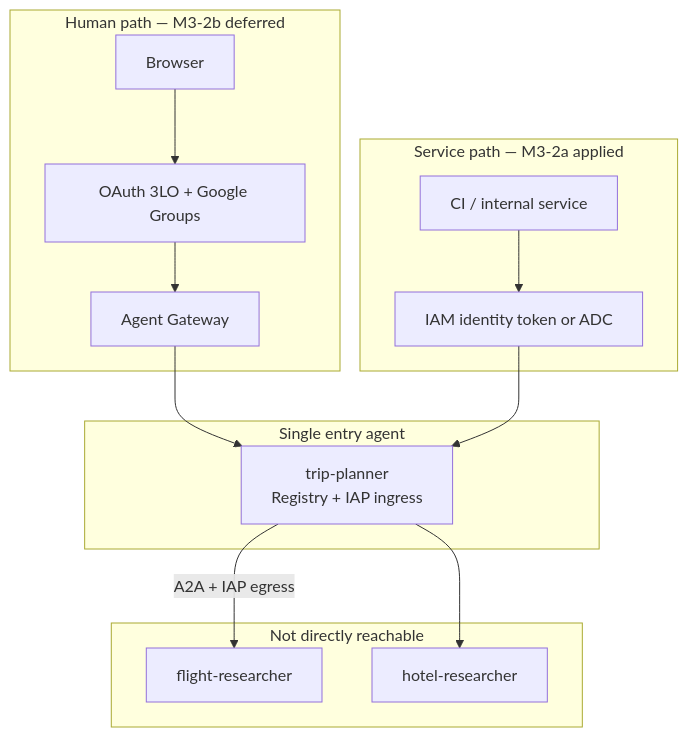
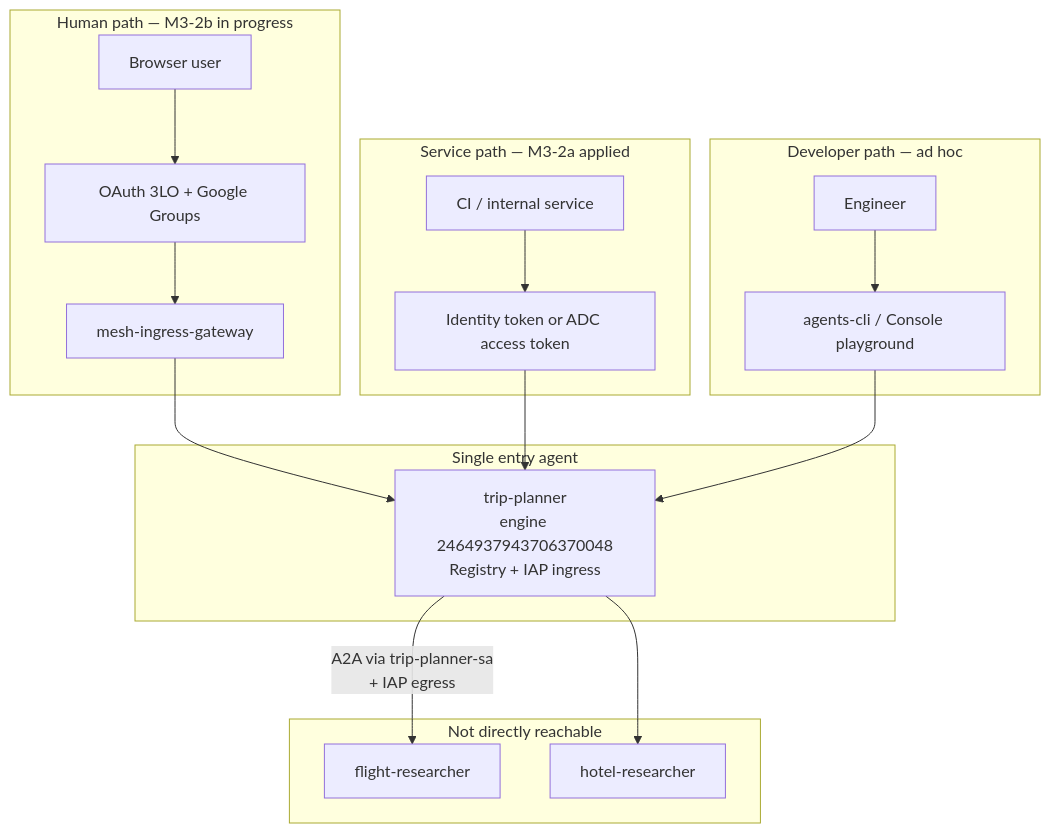
Before and after one commit to yu-iskw/agent-cli-demo: the first of 5 diagrams in docs/guides/03-auth-gateway.md, drawn with Mermaid. The commit also changed other lines of this file and 22 other files, not shown here.

First line of the commit message:
feat(mesh): SequentialAgent A2A pipeline, gateway demo, and test fixes

````diff
--- a/docs/guides/03-auth-gateway.md
+++ b/docs/guides/03-auth-gateway.md
@@ -22,29 +24,36 @@
 ```mermaid
 flowchart TB
-  subgraph Human["Human path — M3-2b deferred"]
-    Browser["Browser"]
-    GW["Agent Gateway"]
+  subgraph Human["Human path — M3-2b in progress"]
+    Browser["Browser user"]
     OAuth["OAuth 3LO + Google Groups"]
-    Browser --> OAuth --> GW
+    IGW["mesh-ingress-gateway"]
+    Browser --> OAuth --> IGW
   end
 
   subgraph Service["Service path — M3-2a applied"]
     CI["CI / internal service"]
-    ADC["IAM identity token or ADC"]
-    CI --> ADC
+    Token["Identity token or ADC access token"]
+    CI --> Token
+  end
+
+  subgraph Dev["Developer path — ad hoc"]
+    DevUser["Engineer"]
+    CLI["agents-cli / Console playground"]
+    DevUser --> CLI
   end
 
   subgraph Entry["Single entry agent"]
-    TP["trip-planner<br/>Registry + IAP ingress"]
+    TP["trip-planner<br/>engine 2464937943706370048<br/>Registry + IAP ingress"]
   end
 
   subgraph Mesh["Not directly reachable"]
     FR["flight-researcher"]
     HR["hotel-researcher"]
   end
 
-  GW --> TP
-  ADC --> TP
-  TP -->|"A2A + IAP egress"| FR
+  IGW --> TP
+  Token --> TP
+  CLI --> TP
+  TP -->|"A2A via trip-planner-sa<br/>+ IAP egress"| FR
   TP --> HR
 ```
````
